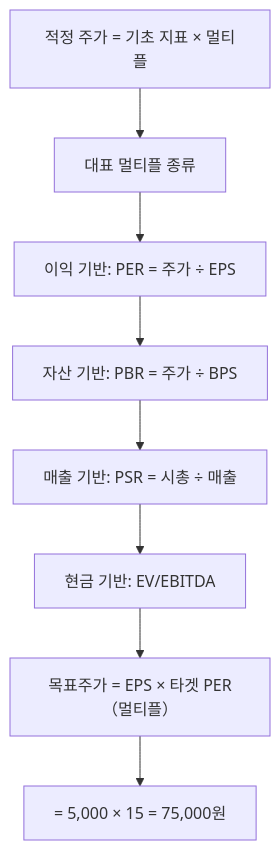
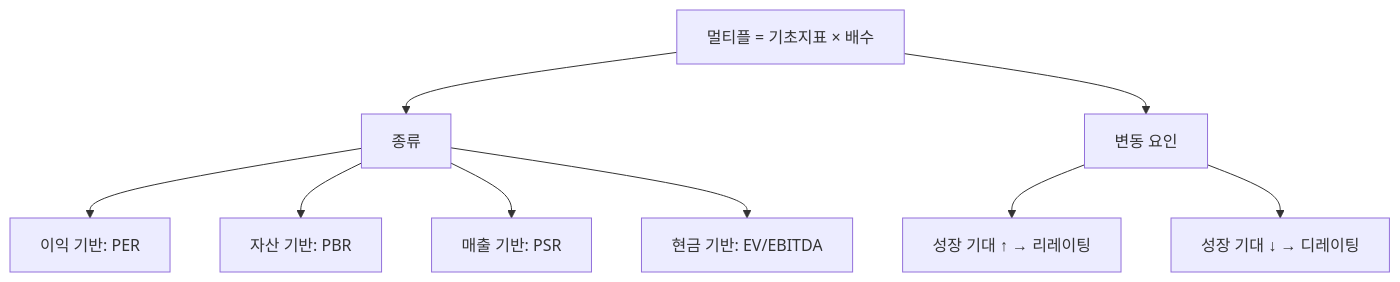
One commit to yeongseon/stock-visual-note changed the diagram in content/stock-terms/ko/level-05-valuation/multiple.md. Above: the diagram before and after it, drawn with Mermaid. The commit also changed other lines of this file and 96 other files, not shown here.

Commit message:
Rewrite all 98 remaining articles: branching Mermaid diagrams, natural search_intent, compelling seo_titles, clean descriptions

````diff
--- a/content/stock-terms/ko/level-05-valuation/multiple.md
+++ b/content/stock-terms/ko/level-05-valuation/multiple.md
@@ -39,18 +39,12 @@
 ```mermaid
 graph TD
-    N0["적정 주가 = 기초 지표 × 멀티플"]
-    N1["대표 멀티플 종류"]
-    N2["이익 기반: PER = 주가 ÷ EPS"]
-    N3["자산 기반: PBR = 주가 ÷ BPS"]
-    N4["매출 기반: PSR = 시총 ÷ 매출"]
-    N5["현금 기반: EV/EBITDA"]
-    N6["목표주가 = EPS × 타겟 PER（멀티플）"]
-    N7["= 5,000 × 15 = 75,000원"]
-    N0 --> N1
-    N1 --> N2
-    N2 --> N3
-    N3 --> N4
-    N4 --> N5
-    N5 --> N6
-    N6 --> N7
+    A["멀티플 = 기초지표 × 배수"]
+    A --> B["종류"]
+    A --> C["변동 요인"]
+    B --> B1["이익 기반: PER"]
+    B --> B2["자산 기반: PBR"]
+    B --> B3["매출 기반: PSR"]
+    B --> B4["현금 기반: EV/EBITDA"]
+    C --> C1["성장 기대 ↑ → 리레이팅"]
+    C --> C2["성장 기대 ↓ → 디레이팅"]
 ```
````
